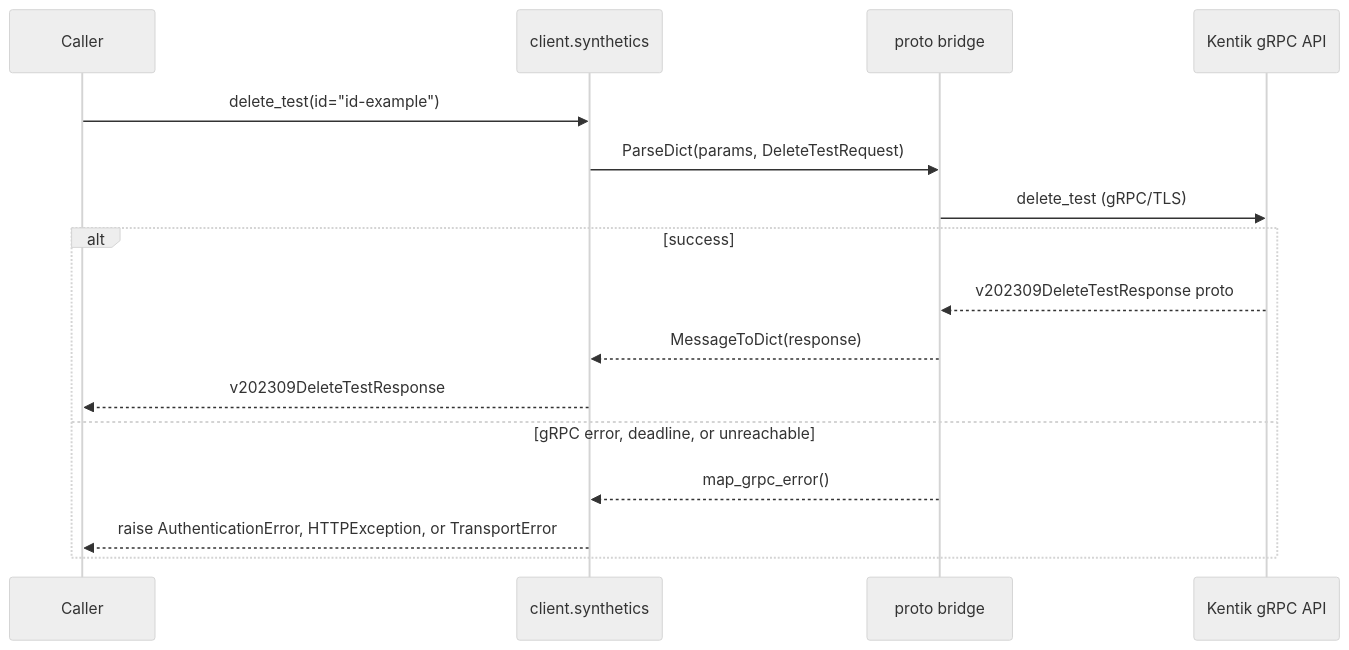
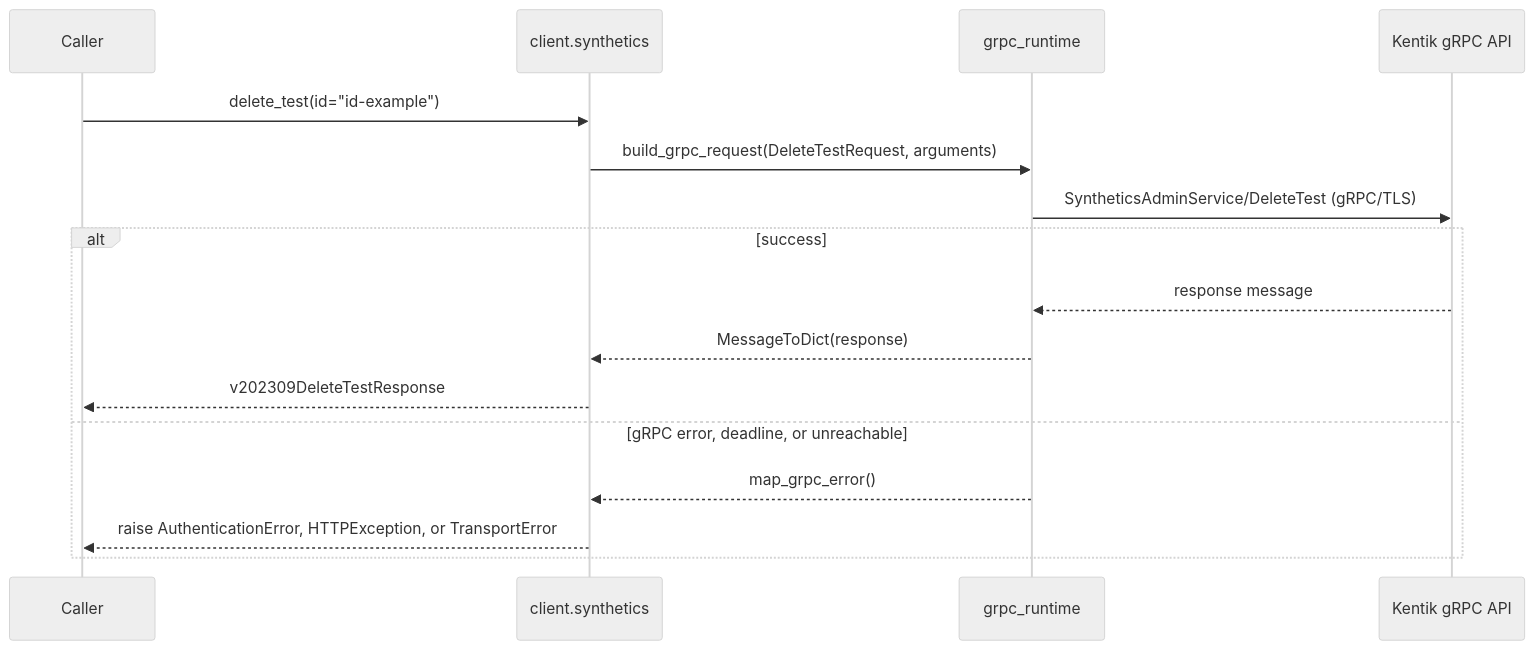
One commit to alexdearaujo/community_sdk_python changed diagram 29 of 38 in docs/sphinx/services/synthetics.md. Above: the diagram before and after it, drawn with Mermaid (neutral theme). The commit also changed other lines of this file and 37 other files, not shown here.

First line of the commit message:
docs: show the real RPC in each service page's gRPC diagram

````diff
--- a/docs/sphinx/services/synthetics.md
+++ b/docs/sphinx/services/synthetics.md
@@ -1037,19 +1037,19 @@
 ```mermaid
 sequenceDiagram
     participant C as Caller
     participant W as client.synthetics
-    participant B as proto bridge
+    participant R as grpc_runtime
     participant API as Kentik gRPC API
 
     C->>W: delete_test(id="id-example")
-    W->>B: ParseDict(params, DeleteTestRequest)
-    B->>API: delete_test (gRPC/TLS)
+    W->>R: build_grpc_request(DeleteTestRequest, arguments)
+    R->>API: SyntheticsAdminService/DeleteTest (gRPC/TLS)
     alt success
-        API-->>B: v202309DeleteTestResponse proto
-        B-->>W: MessageToDict(response)
+        API-->>R: response message
+        R-->>W: MessageToDict(response)
         W-->>C: v202309DeleteTestResponse
     else gRPC error, deadline, or unreachable
-        B-->>W: map_grpc_error()
+        R-->>W: map_grpc_error()
         W-->>C: raise AuthenticationError, HTTPException, or TransportError
     end
 ```
````
